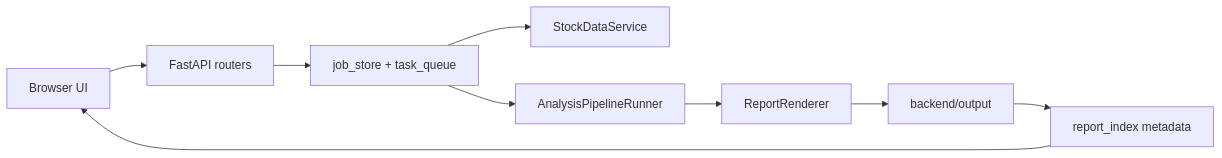
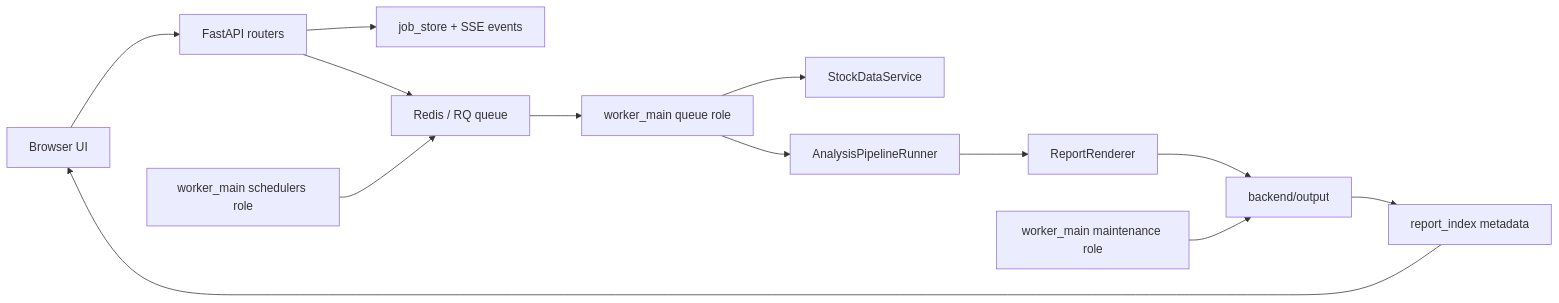
The first of 4 diagrams in docs/architecture.md (aibalbo999/unstuck), drawn with Mermaid before and after one commit. The commit also changed other lines of this file and 5 other files, not shown here.

````diff
--- a/docs/architecture.md
+++ b/docs/architecture.md
@@ -7,11 +7,15 @@
 ```mermaid
 flowchart LR
     UI["Browser UI"] --> API["FastAPI routers"]
-    API --> Jobs["job_store + task_queue"]
-    Jobs --> Data["StockDataService"]
-    Jobs --> Pipeline["AnalysisPipelineRunner"]
+    API --> Jobs["job_store + SSE events"]
+    API --> Queue["Redis / RQ queue"]
+    Queue --> Worker["worker_main queue role"]
+    Worker --> Data["StockDataService"]
+    Worker --> Pipeline["AnalysisPipelineRunner"]
     Pipeline --> Reports["ReportRenderer"]
     Reports --> Output["backend/output"]
     Output --> Index["report_index metadata"]
     Index --> UI
+    Scheduler["worker_main schedulers role"] --> Queue
+    Maintenance["worker_main maintenance role"] --> Output
 ```
````
